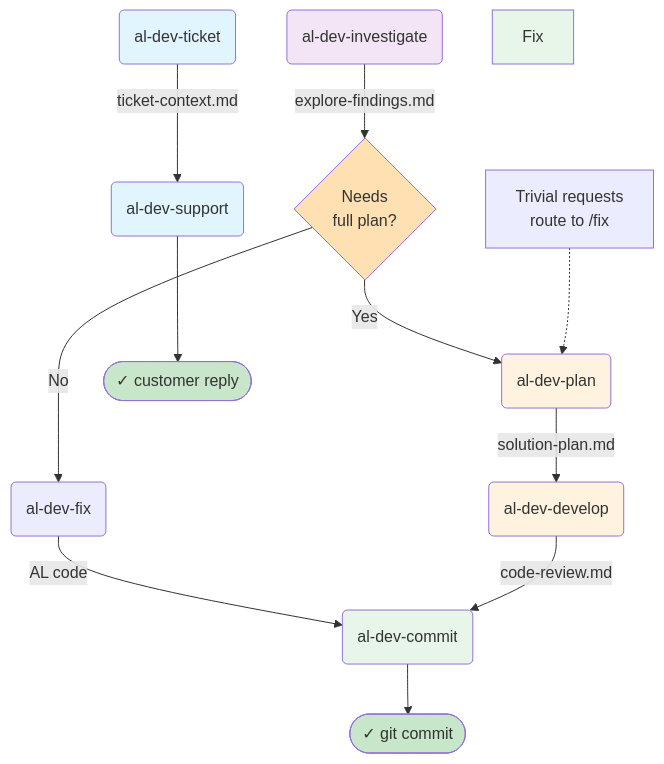
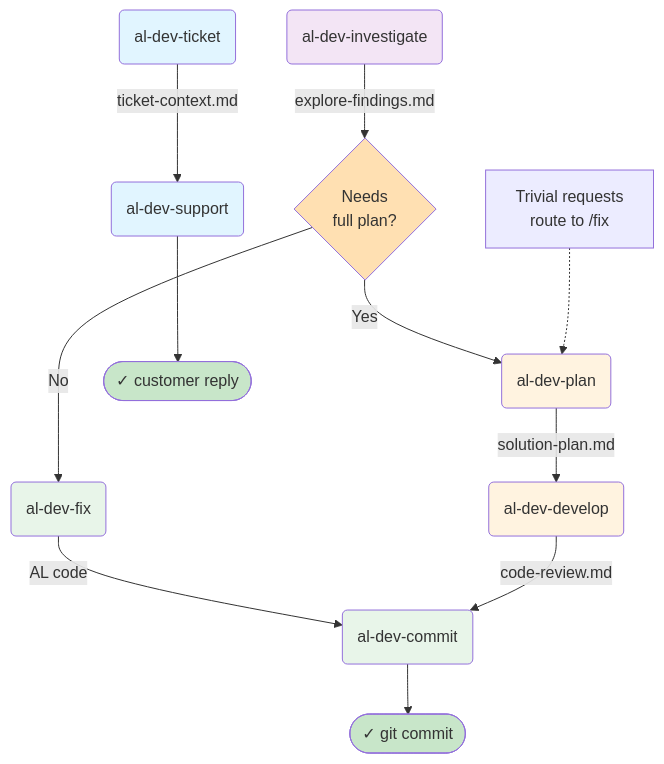
One commit to russell-laing/al-dev-shared changed the first of 8 diagrams in docs/al-dev-plugin-map.md. Above: the diagram before and after it, drawn with Mermaid.

Commit message:
fix: remove stale style Fix directive causing orphaned node
style Fix referenced the deleted Fix node ID; Mermaid creates a bare
orphaned node for any ID named in a style directive. Renamed to FixDirect
to match the unified node ID.

````diff
--- a/docs/al-dev-plugin-map.md
+++ b/docs/al-dev-plugin-map.md
@@ -14,34 +14,34 @@
 ```mermaid
 flowchart TD
     %% Entry points
     Ticket("al-dev-ticket") -->|ticket-context.md| Support("al-dev-support")
     Investigate("al-dev-investigate")
     FixDirect("al-dev-fix") -->|AL code| Commit("al-dev-commit")
     
     %% Investigation path branches
     Investigate -->|explore-findings.md| Decision1{Needs<br/>full plan?}
     Decision1 -->|Yes| Plan("al-dev-plan")
     Decision1 -->|No| FixDirect
     
     %% Main development spine
     Plan -->|solution-plan.md| Develop("al-dev-develop")
     Develop -->|code-review.md| Commit
     
     %% Complexity gate within plan
     Note["Trivial requests<br/>route to /fix"] -.-> Plan
     
     %% Outputs
     Commit --> Git(["✓ git commit"])
     Support --> Reply(["✓ customer reply"])
     
     style Ticket fill:#e1f5ff
     style Support fill:#e1f5ff
     style Investigate fill:#f3e5f5
     style Plan fill:#fff3e0
     style Develop fill:#fff3e0
-    style Fix fill:#e8f5e9
+    style FixDirect fill:#e8f5e9
     style Commit fill:#e8f5e9
     style Git fill:#c8e6c9
     style Reply fill:#c8e6c9
     style Decision1 fill:#ffe0b2
 ```
````
